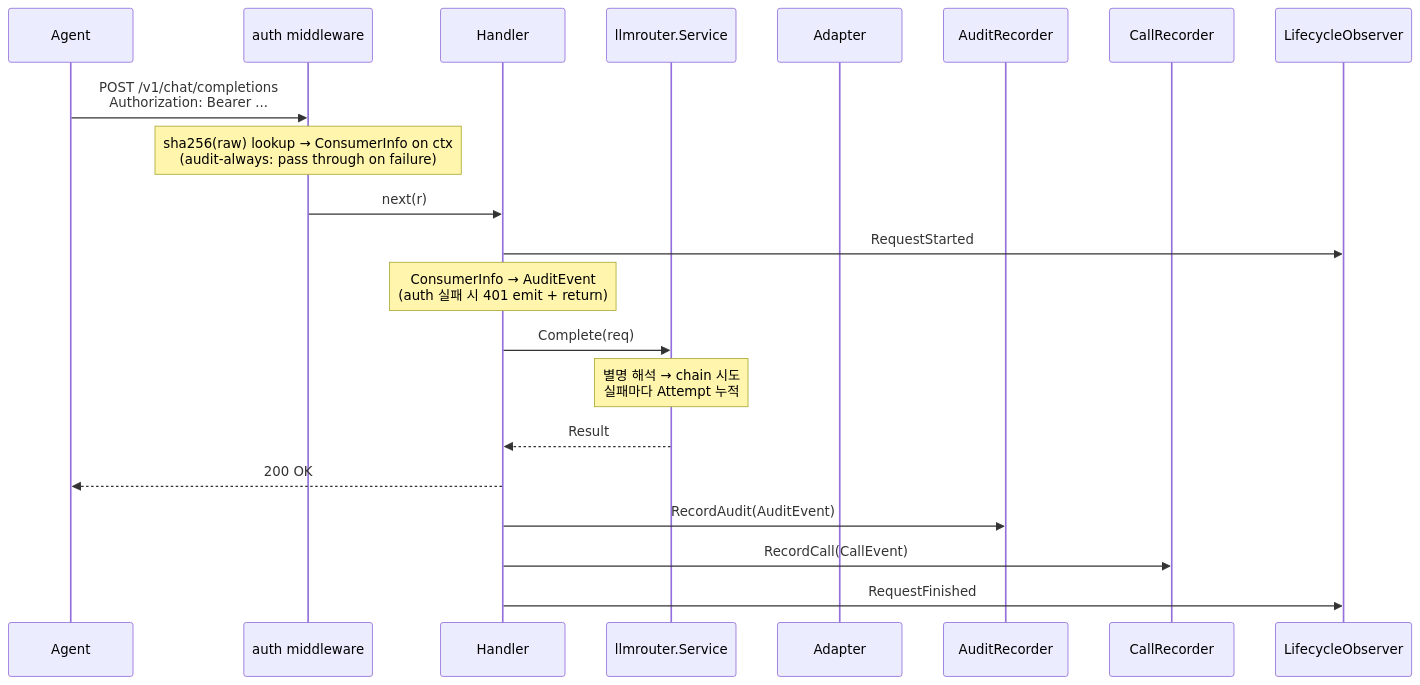
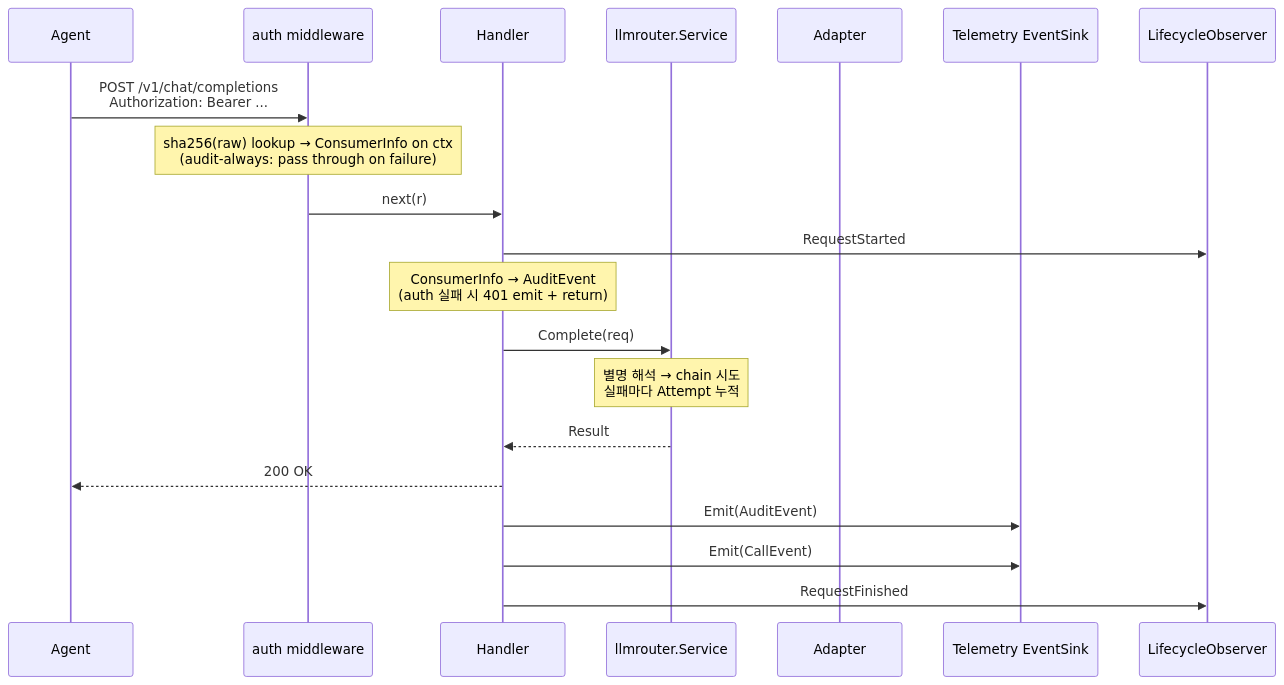
The diagram in docs/request.md (cagojeiger/llmgate), drawn with Mermaid before and after one commit. The commit also changed other lines of this file and 16 other files, not shown here.

First line of the commit message:
refactor telemetry around event sink boundary

````diff
--- a/docs/request.md
+++ b/docs/request.md
@@ -9,24 +9,23 @@
 ```mermaid
 sequenceDiagram
     participant A as Agent
     participant M as auth middleware
     participant H as Handler
     participant S as llmrouter.Service
     participant P as Adapter
-    participant Au as AuditRecorder
-    participant Ca as CallRecorder
+    participant T as Telemetry EventSink
     participant L as LifecycleObserver
 
     A->>M: POST /v1/chat/completions<br/>Authorization: Bearer ...
     Note over M: sha256(raw) lookup → ConsumerInfo on ctx<br/>(audit-always: pass through on failure)
     M->>H: next(r)
     H->>L: RequestStarted
     Note over H: ConsumerInfo → AuditEvent<br/>(auth 실패 시 401 emit + return)
     H->>S: Complete(req)
     Note over S: 별명 해석 → chain 시도<br/>실패마다 Attempt 누적
     S-->>H: Result
     H-->>A: 200 OK
-    H->>Au: RecordAudit(AuditEvent)
-    H->>Ca: RecordCall(CallEvent)
+    H->>T: Emit(AuditEvent)
+    H->>T: Emit(CallEvent)
     H->>L: RequestFinished
 ```
````
